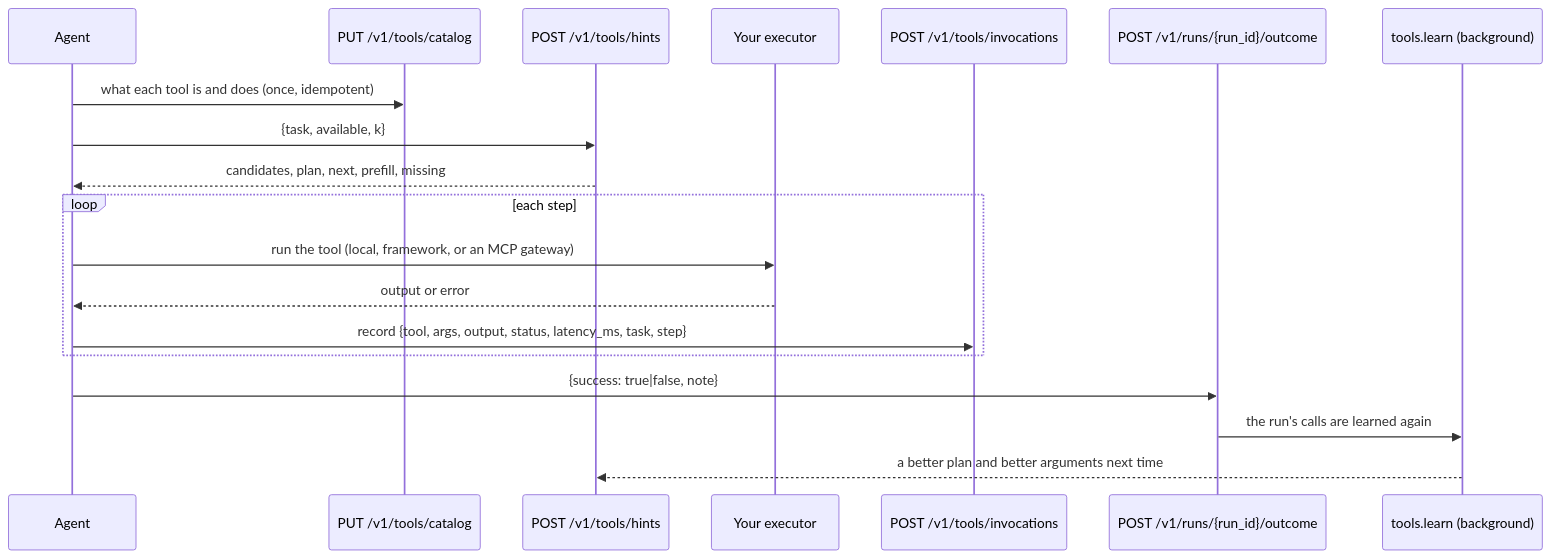
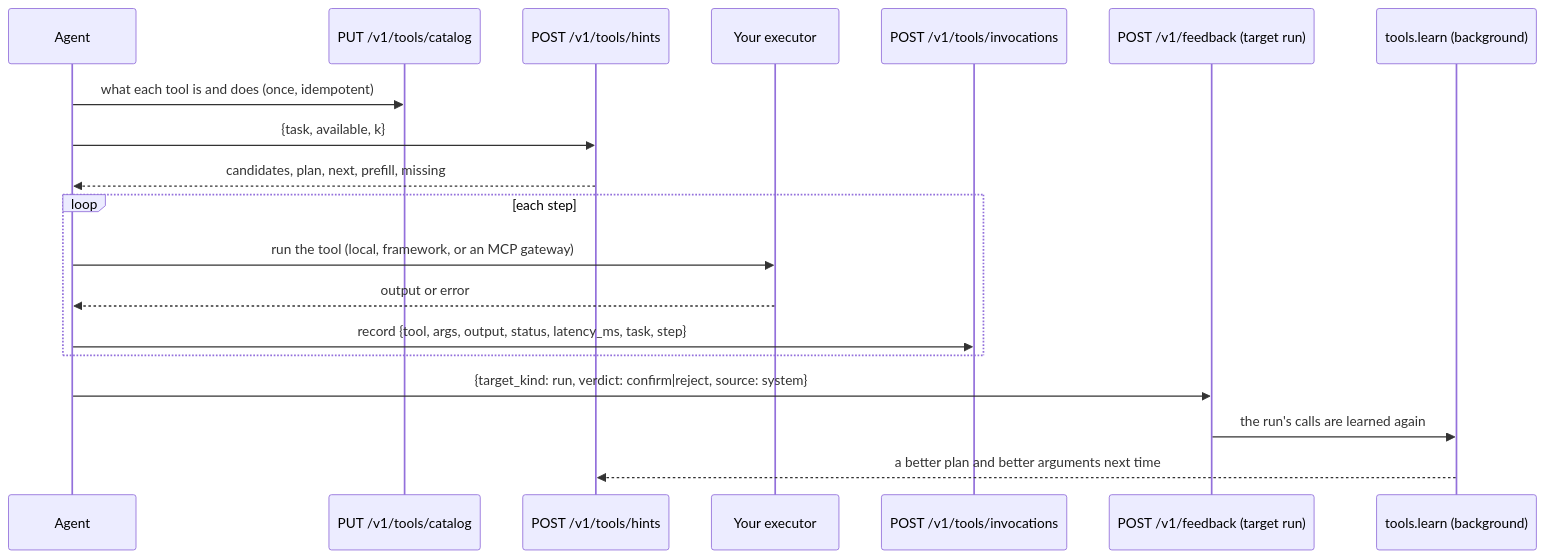
One commit to amitmohapatra/agent-memory-service changed the diagram in docs/api/tools.md. Above: the diagram before and after it, drawn with Mermaid. The commit also changed other lines of this file and 36 other files, not shown here.

First line of the commit message:
Leftovers of removed routes: observations, groups, outcome, summary, graph/query, workspace keys

````diff
--- a/docs/api/tools.md
+++ b/docs/api/tools.md
@@ -11,21 +11,21 @@
 ```mermaid
 sequenceDiagram
   participant A as Agent
   participant C as PUT /v1/tools/catalog
   participant H as POST /v1/tools/hints
   participant X as Your executor
   participant I as POST /v1/tools/invocations
-  participant O as POST /v1/runs/{run_id}/outcome
+  participant O as POST /v1/feedback (target run)
   participant L as tools.learn (background)
   A->>C: what each tool is and does (once, idempotent)
   A->>H: {task, available, k}
   H-->>A: candidates, plan, next, prefill, missing
   loop each step
     A->>X: run the tool (local, framework, or an MCP gateway)
     X-->>A: output or error
     A->>I: record {tool, args, output, status, latency_ms, task, step}
   end
-  A->>O: {success: true|false, note}
+  A->>O: {target_kind: run, verdict: confirm|reject, source: system}
   O->>L: the run's calls are learned again
   L-->>H: a better plan and better arguments next time
 ```
````
